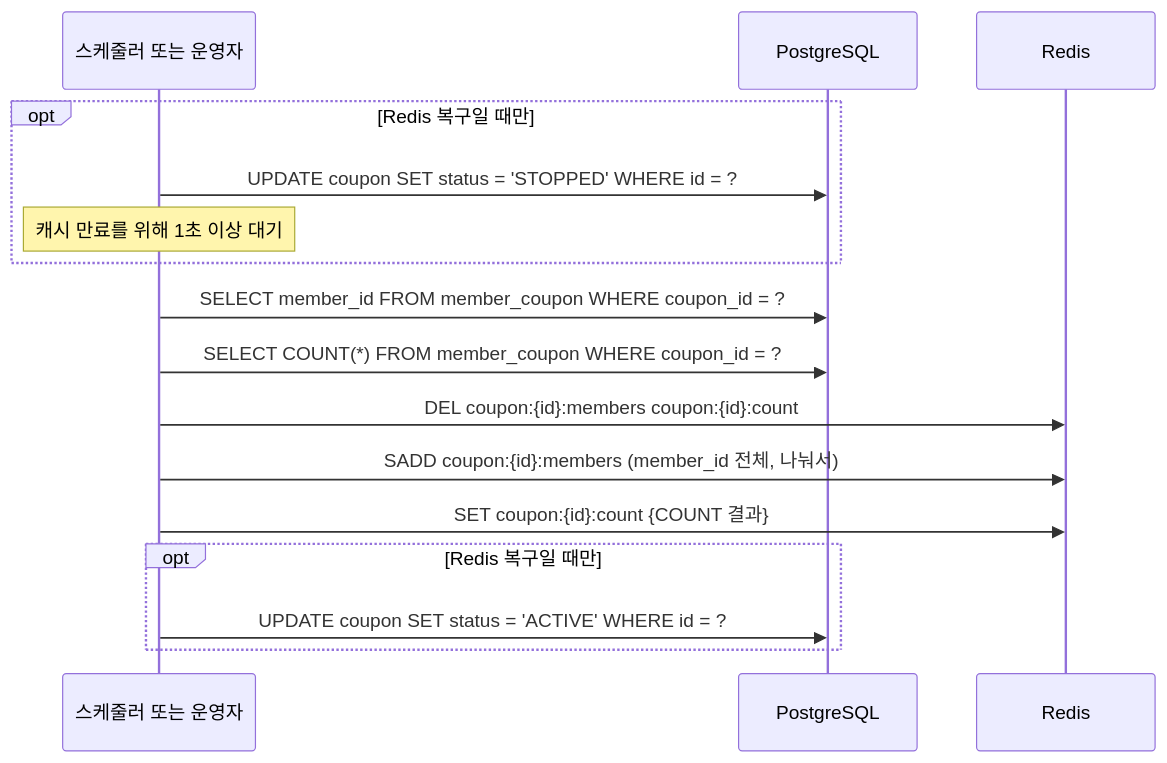
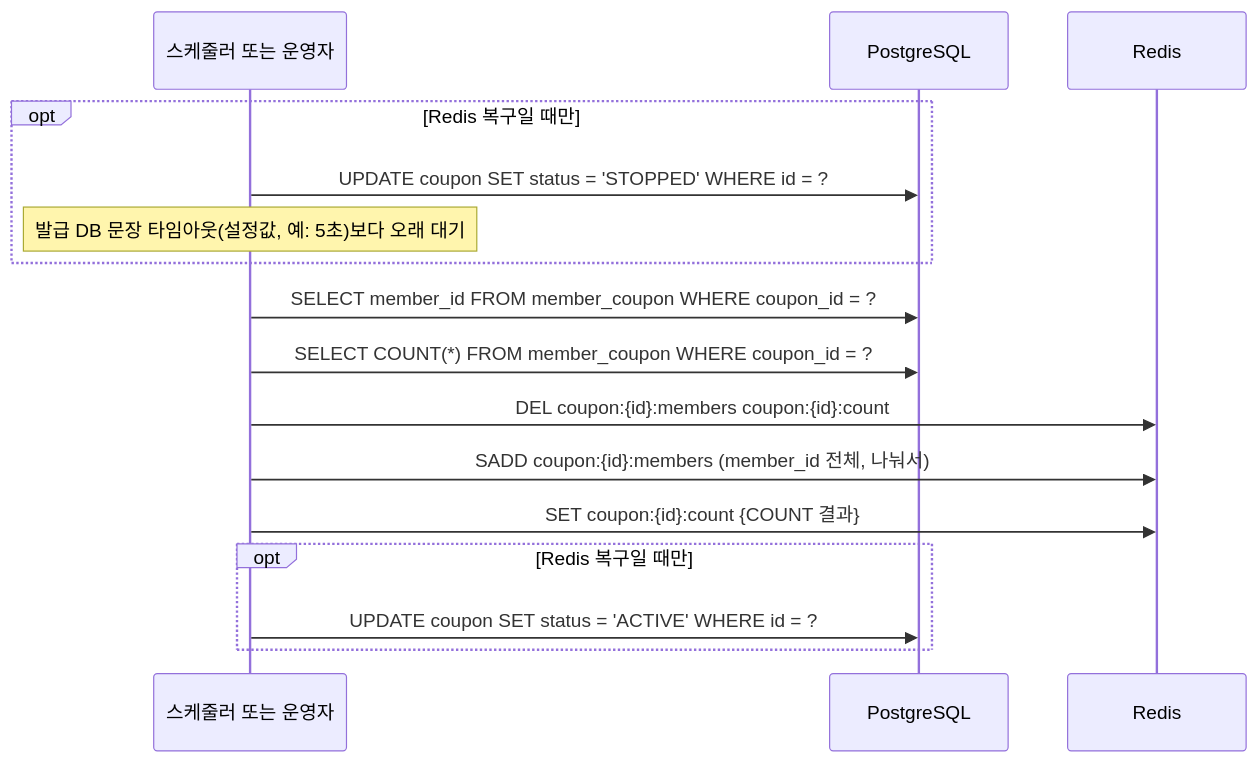
The fourth of 4 diagrams in docs/features/coupon/flows.md (KAPUIST/flash-gate), drawn with Mermaid before and after one commit. The commit also changed other lines of this file and 25 other files, not shown here.

````diff
--- a/docs/features/coupon/flows.md
+++ b/docs/features/coupon/flows.md
@@ -147,19 +168,19 @@
 ```mermaid
 sequenceDiagram
     participant S as 스케줄러 또는 운영자
     participant D as PostgreSQL
     participant R as Redis
 
     opt Redis 복구일 때만
         S->>D: UPDATE coupon SET status = 'STOPPED' WHERE id = ?
-        Note over S: 캐시 만료를 위해 1초 이상 대기
+        Note over S: 발급 DB 문장 타임아웃(설정값, 예: 5초)보다 오래 대기
     end
     S->>D: SELECT member_id FROM member_coupon WHERE coupon_id = ?
     S->>D: SELECT COUNT(*) FROM member_coupon WHERE coupon_id = ?
     S->>R: DEL coupon:{id}:members coupon:{id}:count
     S->>R: SADD coupon:{id}:members (member_id 전체, 나눠서)
     S->>R: SET coupon:{id}:count {COUNT 결과}
     opt Redis 복구일 때만
         S->>D: UPDATE coupon SET status = 'ACTIVE' WHERE id = ?
     end
 ```
````
